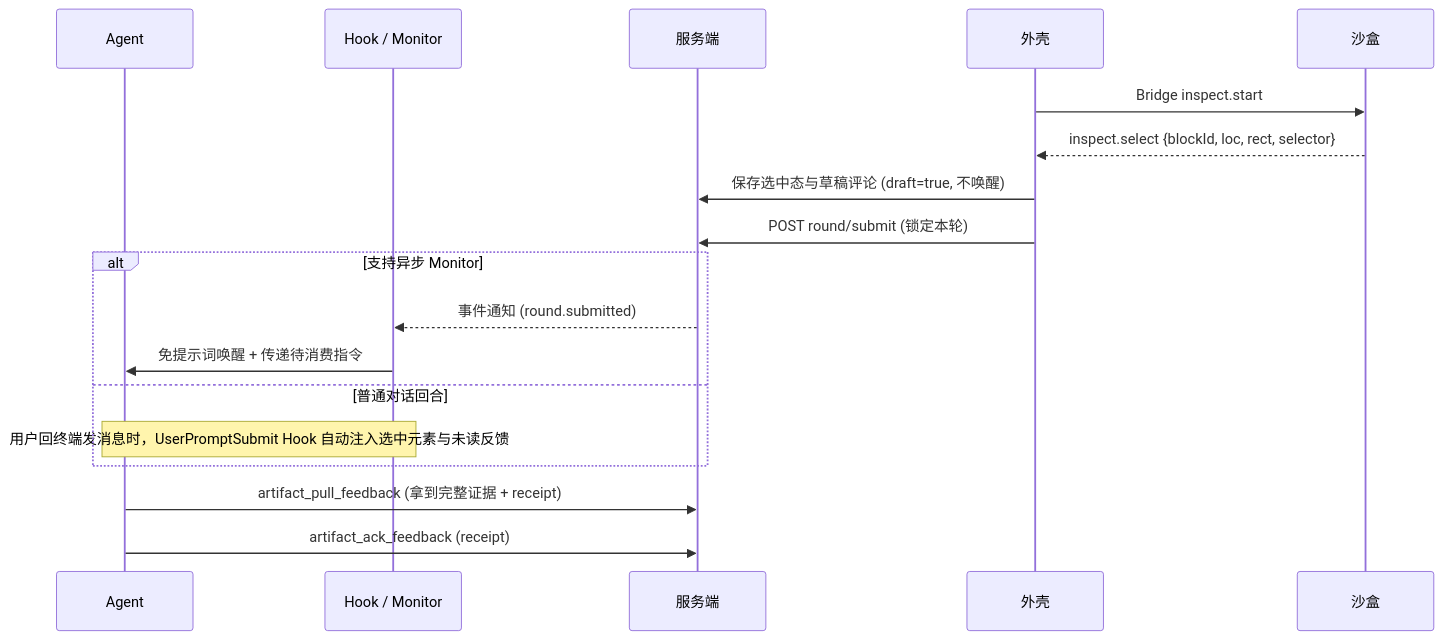
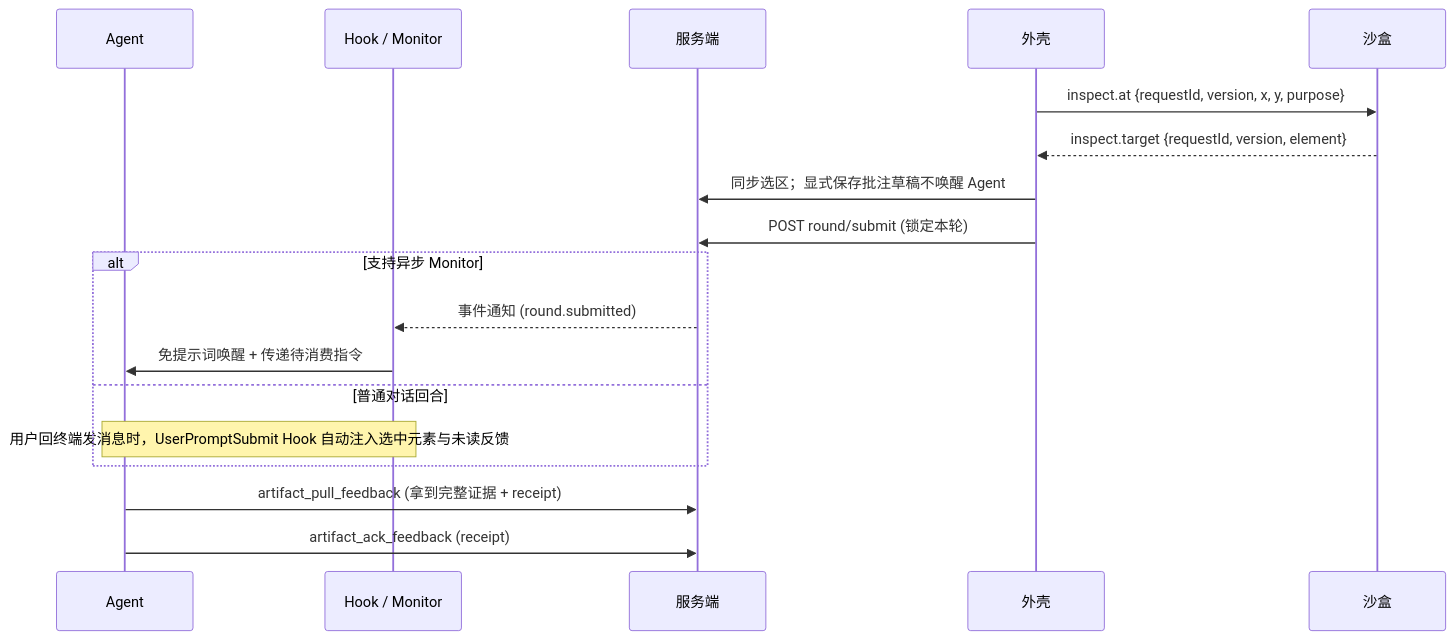
One commit to VOD-Studio/akasha-artifacts changed the fourth of 6 diagrams in docs/design/architecture.md. Above: the diagram before and after it, drawn with Mermaid. The commit also changed other lines of this file and 20 other files, not shown here.

First line of the commit message:
fix(web): 用选择工具直接定位画板图层

````diff
--- a/docs/design/architecture.md
+++ b/docs/design/architecture.md
@@ -243,20 +243,20 @@
 ```mermaid
 sequenceDiagram
     participant Ag as Agent
     participant Hk as Hook / Monitor
     participant S as 服务端
     participant Sh as 外壳
     participant Sb as 沙盒
-    Sh->>Sb: Bridge inspect.start
-    Sb-->>Sh: inspect.select {blockId, loc, rect, selector}
-    Sh->>S: 保存选中态与草稿评论 (draft=true, 不唤醒)
+    Sh->>Sb: inspect.at {requestId, version, x, y, purpose}
+    Sb-->>Sh: inspect.target {requestId, version, element}
+    Sh->>S: 同步选区；显式保存批注草稿不唤醒 Agent
     Sh->>S: POST round/submit (锁定本轮)
     alt 支持异步 Monitor
         S-->>Hk: 事件通知 (round.submitted)
         Hk->>Ag: 免提示词唤醒 + 传递待消费指令
     else 普通对话回合
         Note over Hk,Ag: 用户回终端发消息时，UserPromptSubmit Hook 自动注入选中元素与未读反馈
     end
     Ag->>S: artifact_pull_feedback (拿到完整证据 + receipt)
     Ag->>S: artifact_ack_feedback (receipt)
 ```
````
